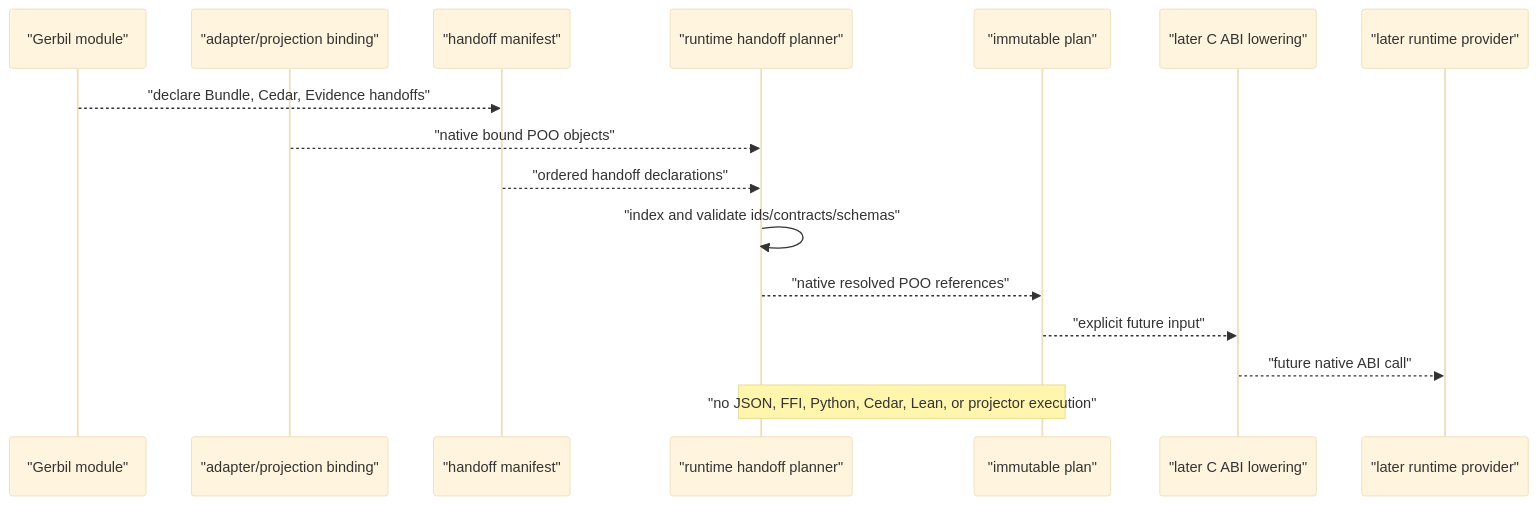
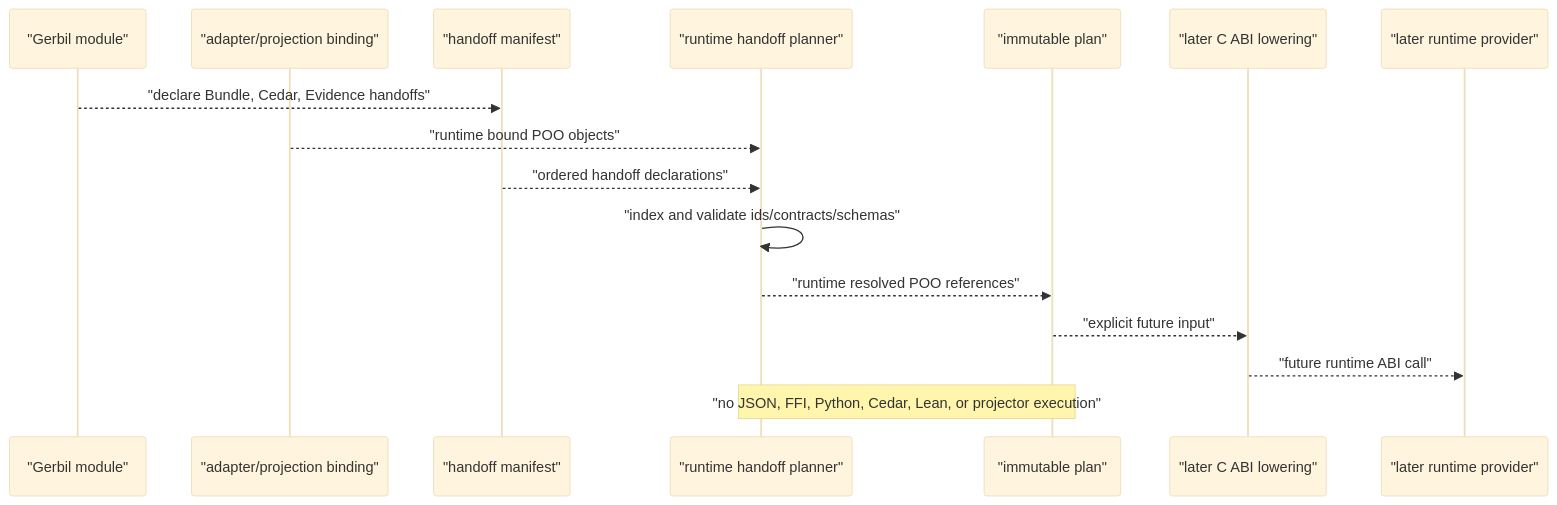
One commit to tao3k/gebril-yuanxu changed the second of 2 diagrams in module-system/design/142-feature-runtime-handoff-plan.org. Above: the diagram before and after it, drawn with Mermaid (base theme). The commit also changed other lines of this file and 1469 other files, not shown here.

```diff
--- a/module-system/design/142-feature-runtime-handoff-plan.org
+++ b/module-system/design/142-feature-runtime-handoff-plan.org
@@ -169,19 +169,19 @@
 #+begin_src mermaid
 sequenceDiagram
     participant M as "Gerbil module"
     participant B as "adapter/projection binding"
     participant H as "handoff manifest"
     participant P as "runtime handoff planner"
     participant R as "immutable plan"
     participant C as "later C ABI lowering"
     participant X as "later runtime provider"
 
     M-->>H: "declare Bundle, Cedar, Evidence handoffs"
-    B-->>P: "native bound POO objects"
+    B-->>P: "runtime bound POO objects"
     H-->>P: "ordered handoff declarations"
     P->>P: "index and validate ids/contracts/schemas"
-    P-->>R: "native resolved POO references"
+    P-->>R: "runtime resolved POO references"
     R-->>C: "explicit future input"
-    C-->>X: "future native ABI call"
+    C-->>X: "future runtime ABI call"
     Note over P,R: "no JSON, FFI, Python, Cedar, Lean, or projector execution"
 #+end_src
```
